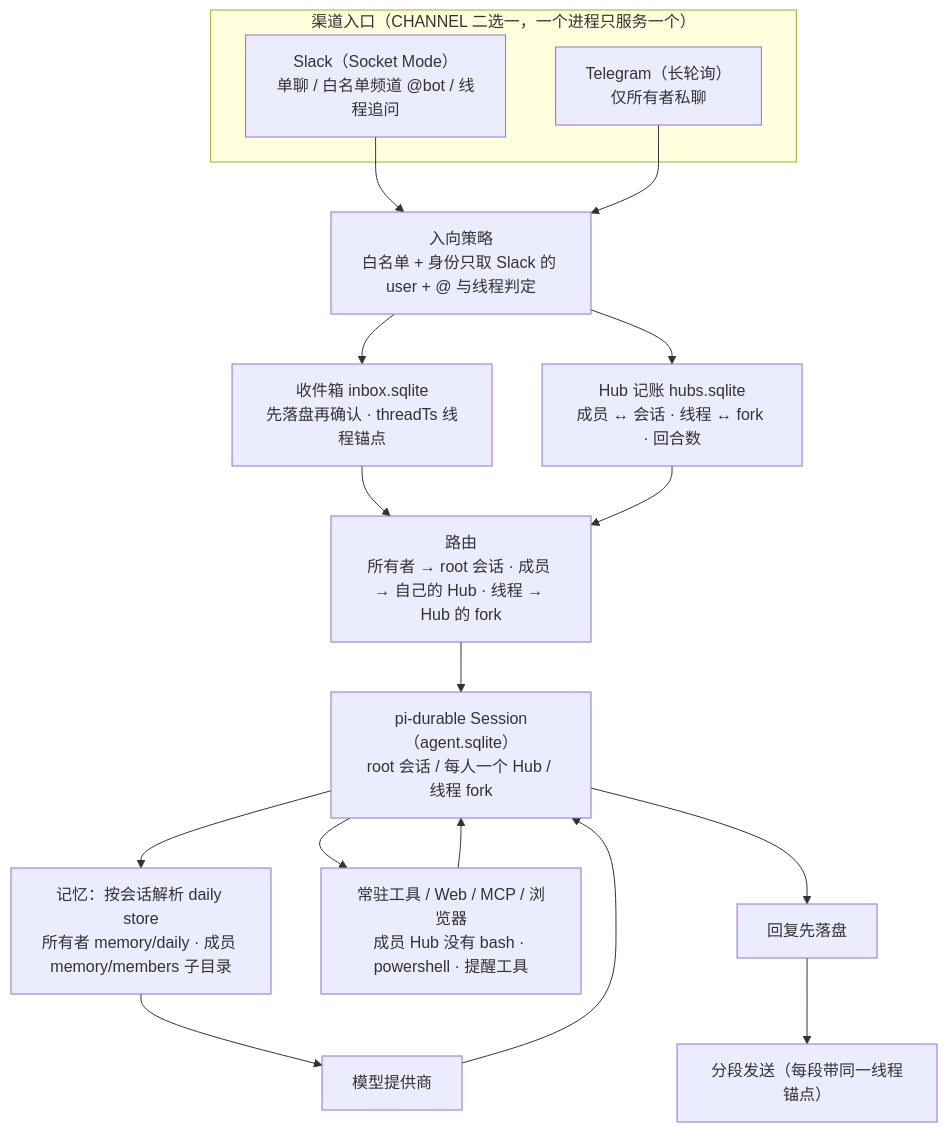
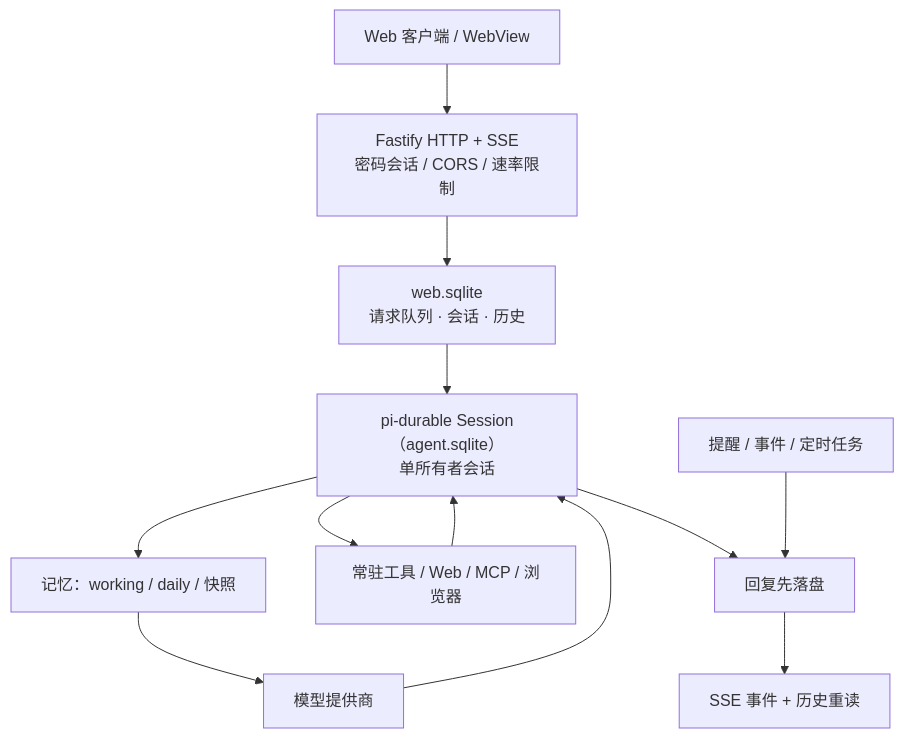
The diagram in README.md (NaoYUN77/Aster), drawn with Mermaid before and after one commit. The commit also changed other lines of this file and 71 other files, not shown here.

````diff
--- a/README.md
+++ b/README.md
@@ -15,22 +15,14 @@
 ```mermaid
 flowchart TB
-  subgraph channels["渠道入口（CHANNEL 二选一，一个进程只服务一个）"]
-    slack["Slack（Socket Mode）<br/>单聊 / 白名单频道 @bot / 线程追问"]
-    telegram["Telegram（长轮询）<br/>仅所有者私聊"]
-  end
-  slack --> policy
-  telegram --> policy
-  policy["入向策略<br/>白名单 + 身份只取 Slack 的 user + @ 与线程判定"]
-  policy --> inbox["收件箱 inbox.sqlite<br/>先落盘再确认 · threadTs 线程锚点"]
-  policy --> hubs["Hub 记账 hubs.sqlite<br/>成员 ↔ 会话 · 线程 ↔ fork · 回合数"]
-  inbox --> route["路由<br/>所有者 → root 会话 · 成员 → 自己的 Hub · 线程 → Hub 的 fork"]
-  hubs --> route
-  route --> runtime["pi-durable Session（agent.sqlite）<br/>root 会话 / 每人一个 Hub / 线程 fork"]
-  runtime --> memory["记忆：按会话解析 daily store<br/>所有者 memory/daily · 成员 memory/members 子目录"]
-  runtime --> tools["常驻工具 / Web / MCP / 浏览器<br/>成员 Hub 没有 bash · powershell · 提醒工具"]
+  client["Web 客户端 / WebView"] --> http["Fastify HTTP + SSE<br/>密码会话 / CORS / 速率限制"]
+  http --> store["web.sqlite<br/>请求队列 · 会话 · 历史"]
+  store --> runtime["pi-durable Session（agent.sqlite）<br/>单所有者会话"]
+  runtime --> memory["记忆：working / daily / 快照"]
+  runtime --> tools["常驻工具 / Web / MCP / 浏览器"]
   memory --> model["模型提供商"]
   tools --> runtime
   model --> runtime
   runtime --> saved["回复先落盘"]
-  saved --> send["分段发送（每段带同一线程锚点）"]
+  saved --> sse["SSE 事件 + 历史重读"]
+  routines["提醒 / 事件 / 定时任务"] --> saved
 ```
````
